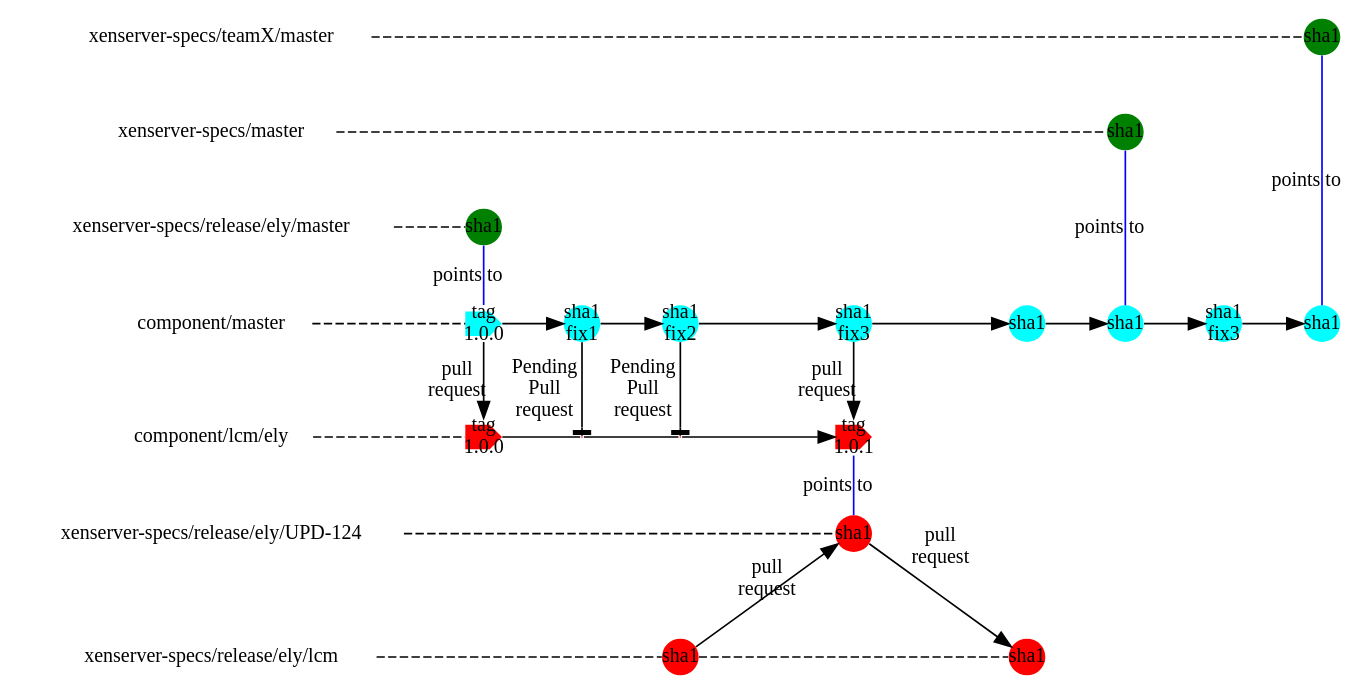
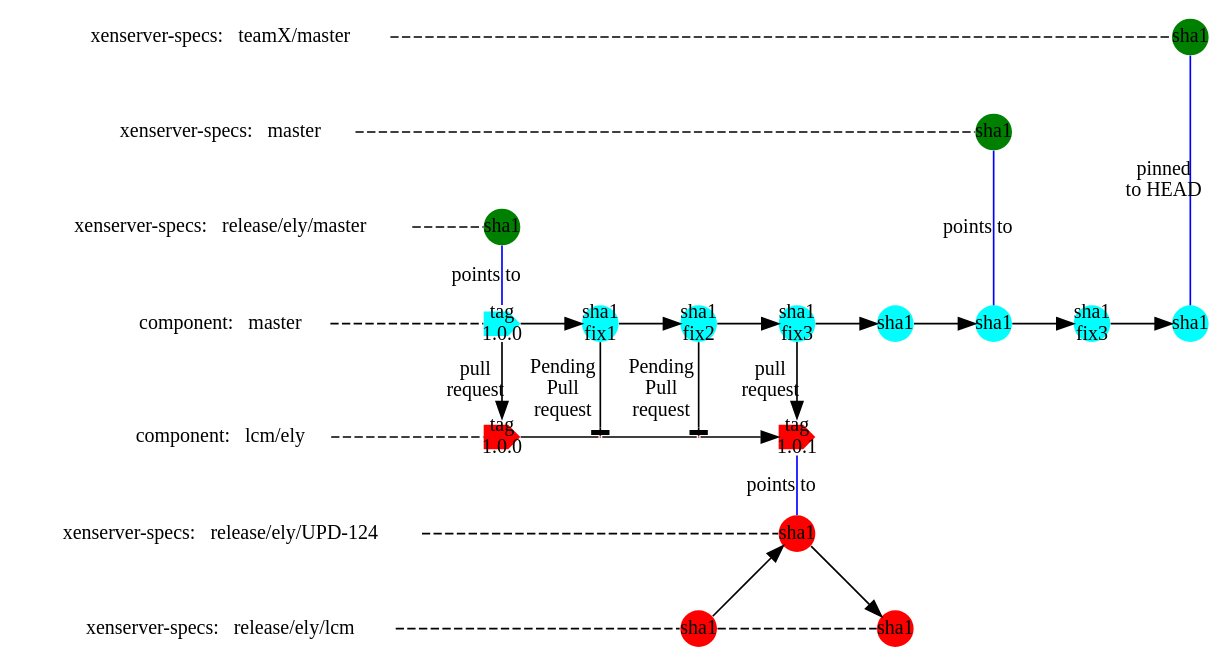
The diagram in XformerLCM2.dot (philippegabriel/XFormerBranchGraph), drawn with Graphviz before and after one commit. The commit also changed 1 other file, not shown here.

```diff
--- a/XformerLCM2.dot
+++ b/XformerLCM2.dot
@@ -1,87 +1,88 @@
 strict digraph g{
 rankdir="LR";
 //nodesep=0.5;
 //ranksep=0.25;
 splines=line;
 forcelabels=false;
 
 // general
 node [style=filled, color="black", fontcolor="black", font="Consolas", fontsize="12pt",fixedsize=false,penwidth=0];
 edge [style=filled, color="black", fontcolor="black", font="Consolas", fontsize="12pt"];
 
 // tags
 //node [shape=circle,width=0, height=0, margin="0.05"];
 node [width=0.3, height=0.3, fixedsize=true, shape=circle,penwidth=0]
 node [fillcolor="green"];
 xsm1 [label="sha1"];
 xstx [label="sha1"];
 xsre [label="sha1"];
 node [fillcolor="cyan"];
 cma1 [shape=cds,label="tag\n1.0.0"];
 //node [width=0.3, height=0.3, fixedsize=true, shape=circle,penwidth=0]
 cma2 [label="sha1\nfix1"];
 cma3 [label="sha1\nfix2"];
 cma4 [label="sha1\nfix3"];
 cma5 [label="sha1"];
 cma6 [label="sha1"];
 cma7 [label="sha1\nfix3"];
 cma8 [label="sha1"];
 node [fillcolor="red"];
 clcm1 [shape=cds,label="tag\n1.0.0"];
 clcm2 [shape=circle,label="",width=0, height=0];
 clcm3 [shape=circle,label="",width=0, height=0];
 clcm4 [shape=cds,label="tag\n1.0.1"];
 node [shape=circle];
 upd1 [label="sha1"];
 xlcm1 [label="sha1"];
 xlcm2 [label="sha1"];
 // branch names
 node [color="#b0b0b0", style=dashed, arrowhead=none,fixedsize=false, penwidth=0, fillcolor=none, shape=none, width=0, height=0, margin="0.05"];
-XenserverSpecsTeamX[label="xenserver-specs/teamX/master"];
-XenserverSpecsRelEly[label="xenserver-specs/release/ely/master"];
-XenserverSpecsMaster[label="xenserver-specs/master"];
-ComponentMaster[label="component/master"];
-ComponentLCM[label="component/lcm/ely"];
-XSSpecsUPD2[label="xenserver-specs/release/ely/UPD-124"];
-XSSpecsLCM[label="xenserver-specs/release/ely/lcm"];
+XenserverSpecsTeamX[label="xenserver-specs:   teamX/master"];
+XenserverSpecsRelEly[label="xenserver-specs:   release/ely/master"];
+XenserverSpecsMaster[label="xenserver-specs:   master"];
+ComponentMaster[label="component:   master"];
+ComponentLCM[label="component:   lcm/ely"];
+XSSpecsUPD2[label="xenserver-specs:   release/ely/UPD-124"];
+XSSpecsLCM[label="xenserver-specs:   release/ely/lcm"];
 
 //graph
 subgraph{
 node [color="#b0b0b0", style=dashed, arrowhead=none];
 edge [style="invis"];
 rank=same;
 XenserverSpecsTeamX -> XenserverSpecsMaster -> XenserverSpecsRelEly -> ComponentMaster -> ComponentLCM -> XSSpecsUPD2  -> XSSpecsLCM;
 }
 //edge [color="#b0b0b0", style=dashed, arrowhead=none ];
 edge [style=dashed, arrowhead=none ,weight=100];
 XenserverSpecsRelEly -> xsre;
 XenserverSpecsMaster -> xsm1;
 XenserverSpecsTeamX -> xstx;
 ComponentMaster -> cma1;
 ComponentLCM -> clcm1;
 XSSpecsUPD2 -> upd1;
 XSSpecsLCM  -> xlcm1 -> xlcm2;
 edge [style=filled, arrowhead=normal];
 cma1 -> cma2 -> cma3 -> cma4 -> cma5 -> cma6 -> cma7 -> cma8;
 clcm1 -> clcm2 [arrowhead=none]; 
 clcm2 -> clcm3 [arrowhead=none]; 
 clcm3 -> clcm4;
 //Xenserver specs - master, release pointers
 edge [style=filled, arrowhead=none , weight=1;label="points to",color=blue];
 subgraph{rank=same;xsre -> cma1;}
 subgraph{rank=same;xsm1 -> cma6;}
-subgraph{rank=same;xstx -> cma8;}
+subgraph{rank=same;xstx -> cma8 [label="pinned\nto HEAD"];}
 
 //Pull requests
 edge [style=filled, arrowhead=normal , label="pull\nrequest",color=black];
 subgraph{rank=same;cma1 -> clcm1;}
 subgraph{rank=same;cma2 -> clcm2[label="Pending\nPull\nrequest",arrowhead="tee"];}
 subgraph{rank=same;cma3 -> clcm3[label="Pending\nPull\nrequest",arrowhead="tee"];}
 subgraph{rank=same;cma4 -> clcm4;}
 //xlcm0 -> upd0;
 //upd0 -> xlcm1;
 //upd0 -> clcm2 [arrowhead=none ,label="points to",color=blue];
+edge [label=""];
 xlcm1 -> upd1;
 upd1 -> xlcm2;
 subgraph{rank=same;upd1 -> clcm4 [arrowhead=none ,label="points to",color=blue];}
 }
```
